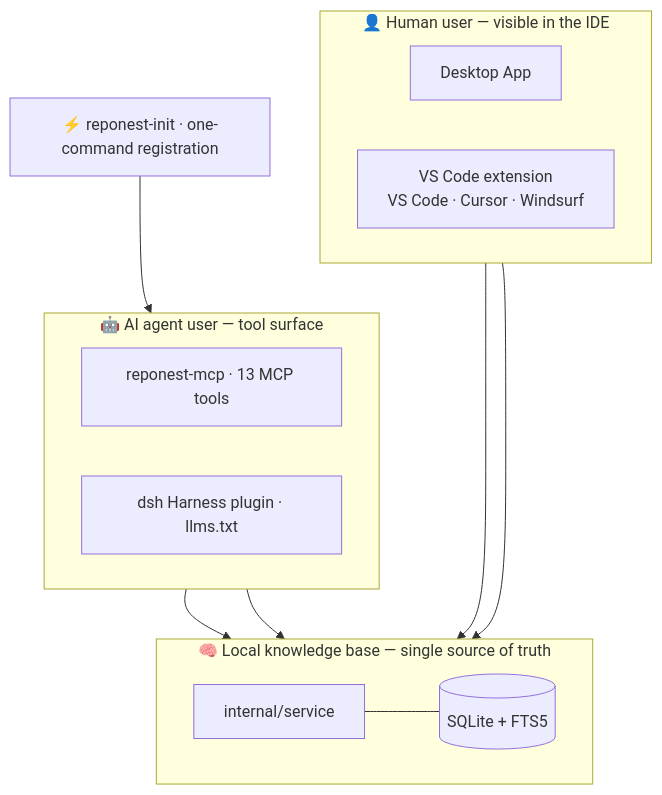
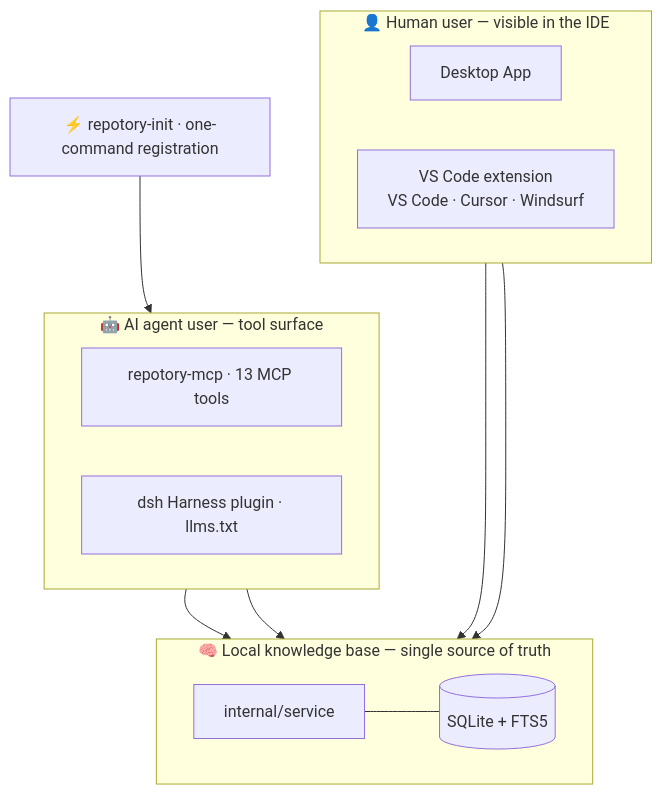
Before and after one commit to sky-jiangcheng/repo-nest: the second of 2 diagrams in README.md, drawn with Mermaid. The commit also changed other lines of this file and 242 other files, not shown here.

````diff
--- a/README.md
+++ b/README.md
@@ -49,24 +49,24 @@
 ```mermaid
 flowchart TB
     subgraph HUMAN[👤 Human user — visible in the IDE]
         direction LR
         DESKTOP[Desktop App]
         VSCODE[VS Code extension<br/>VS Code · Cursor · Windsurf]
     end
     subgraph AGENT[🤖 AI agent user — tool surface]
         direction LR
-        MCP[reponest-mcp · 13 MCP tools]
+        MCP[repotory-mcp · 13 MCP tools]
         DSH[dsh Harness plugin · llms.txt]
     end
     subgraph CORE[🧠 Local knowledge base — single source of truth]
         direction LR
         SVC[internal/service] --- DB[(SQLite + FTS5)]
     end
     HUMAN ~~~ AGENT ~~~ CORE
-    INIT[⚡ reponest-init · one-command registration]
+    INIT[⚡ repotory-init · one-command registration]
     INIT --> MCP
     DESKTOP --> SVC
     VSCODE --> SVC
     MCP --> SVC
     DSH --> SVC
 ```
````
